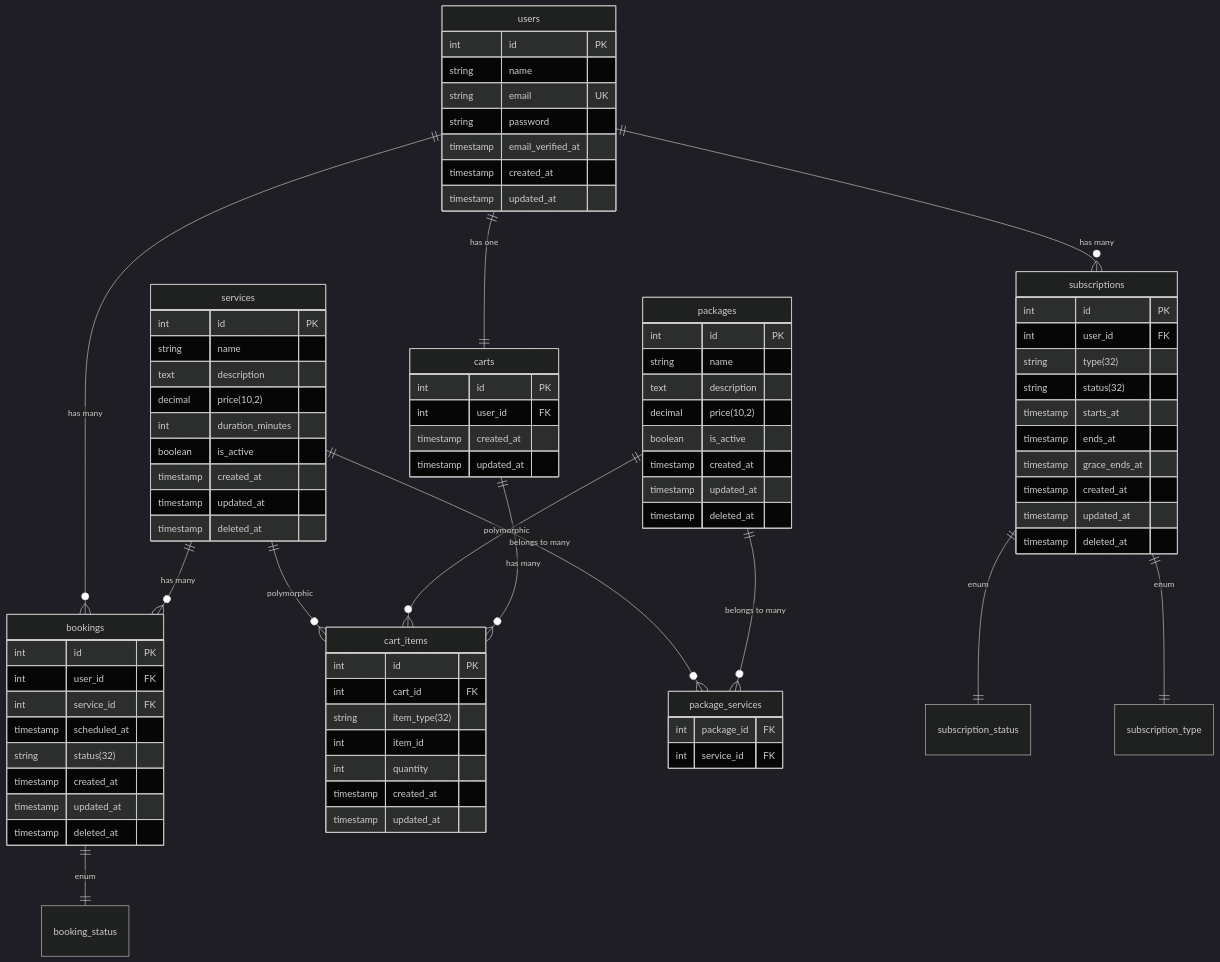
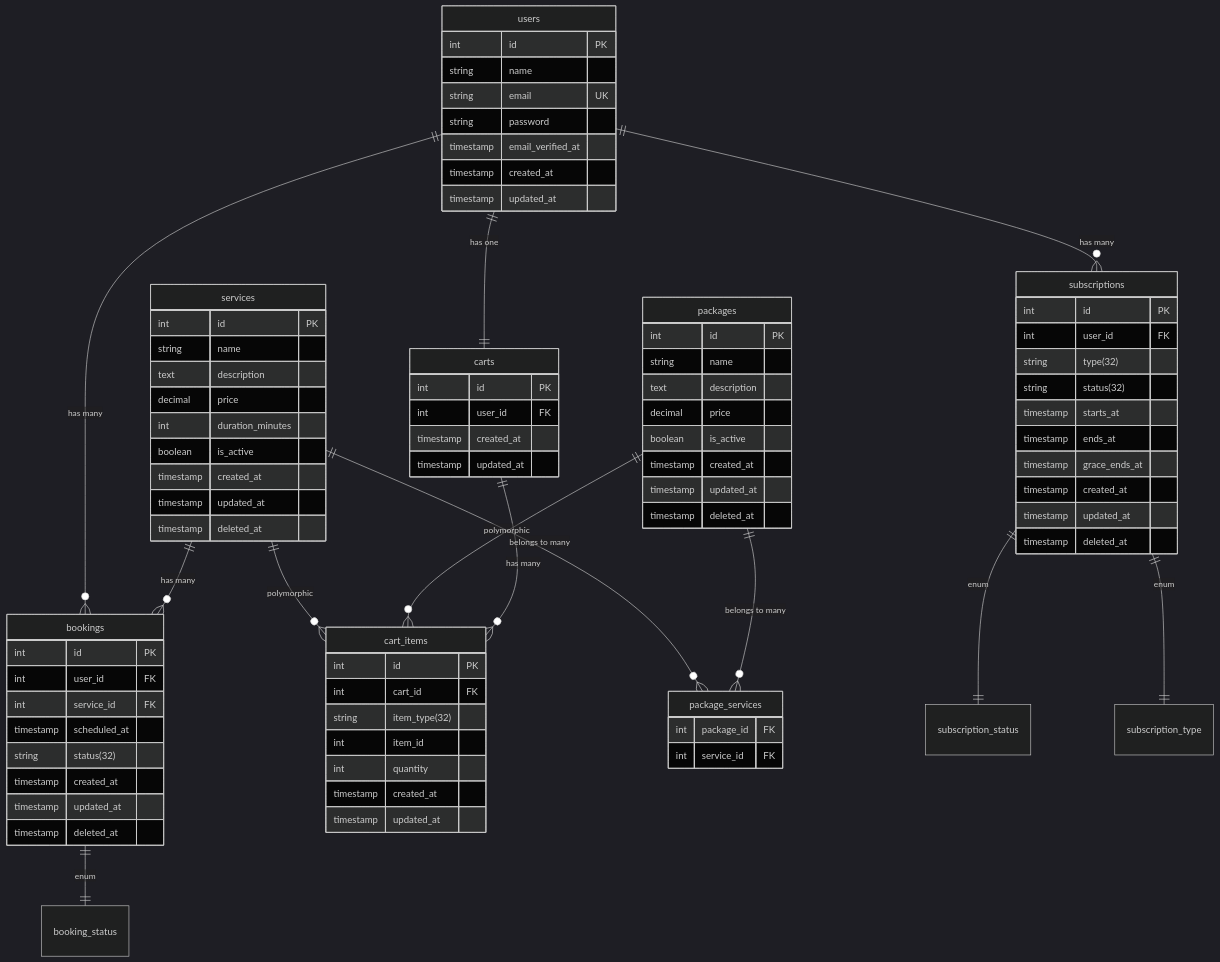
The diagram in README.md (omaradel-tech/service-booking), drawn with Mermaid (dark theme) before and after one commit.

```diff
--- a/README.md
+++ b/README.md
@@ -66,7 +66,7 @@
         int id PK
         string name
         text description
-        decimal price(10,2)
+        decimal price
         int duration_minutes
         boolean is_active
         timestamp created_at
@@ -78,7 +78,7 @@
         int id PK
         string name
         text description
-        decimal price(10,2)
+        decimal price
         boolean is_active
         timestamp created_at
         timestamp updated_at
```
